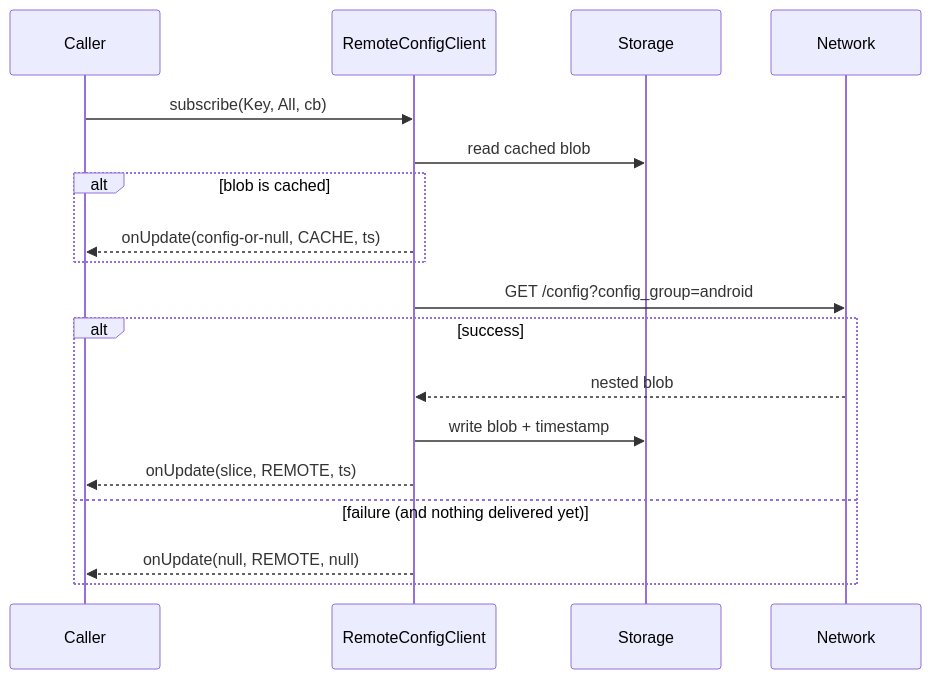
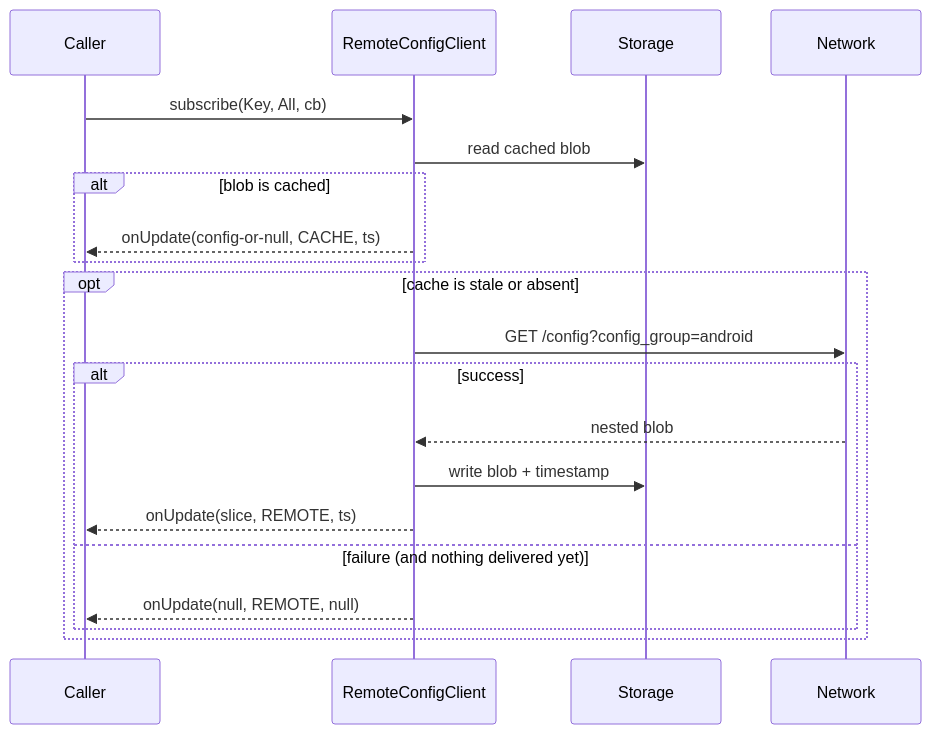
One commit to amplitude/Amplitude-Kotlin changed the second of 2 diagrams in analytics-core/src/main/java/com/amplitude/core/remoteconfig/README.md. Above: the diagram before and after it, drawn with Mermaid. The commit also changed other lines of this file and 4 other files, not shown here.

````diff
--- a/analytics-core/src/main/java/com/amplitude/core/remoteconfig/README.md
+++ b/analytics-core/src/main/java/com/amplitude/core/remoteconfig/README.md
@@ -78,21 +84,23 @@
 ```mermaid
 sequenceDiagram
     participant C as Caller
     participant RC as RemoteConfigClient
     participant S as Storage
     participant N as Network
 
     C->>RC: subscribe(Key, All, cb)
     RC->>S: read cached blob
     alt blob is cached
         RC-->>C: onUpdate(config-or-null, CACHE, ts)
     end
+    opt cache is stale or absent
     RC->>N: GET /config?config_group=android
     alt success
         N-->>RC: nested blob
         RC->>S: write blob + timestamp
         RC-->>C: onUpdate(slice, REMOTE, ts)
     else failure (and nothing delivered yet)
         RC-->>C: onUpdate(null, REMOTE, null)
     end
+    end
 ```
````
